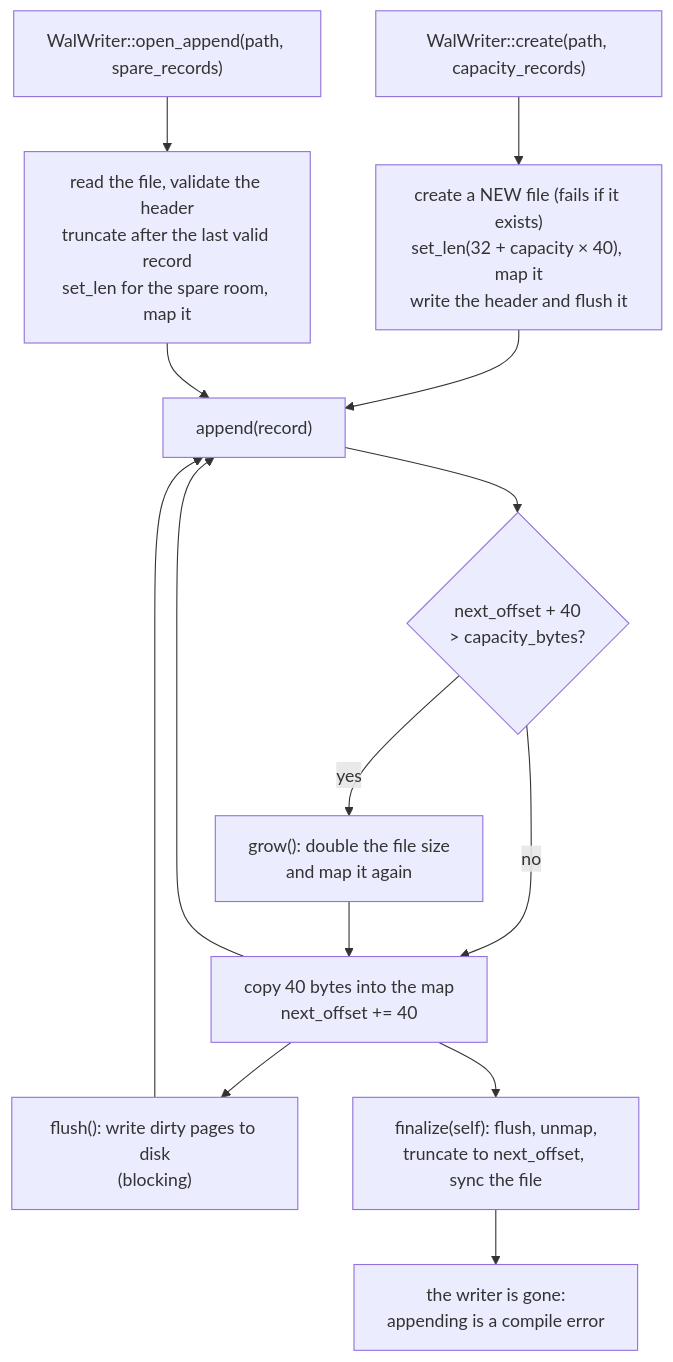
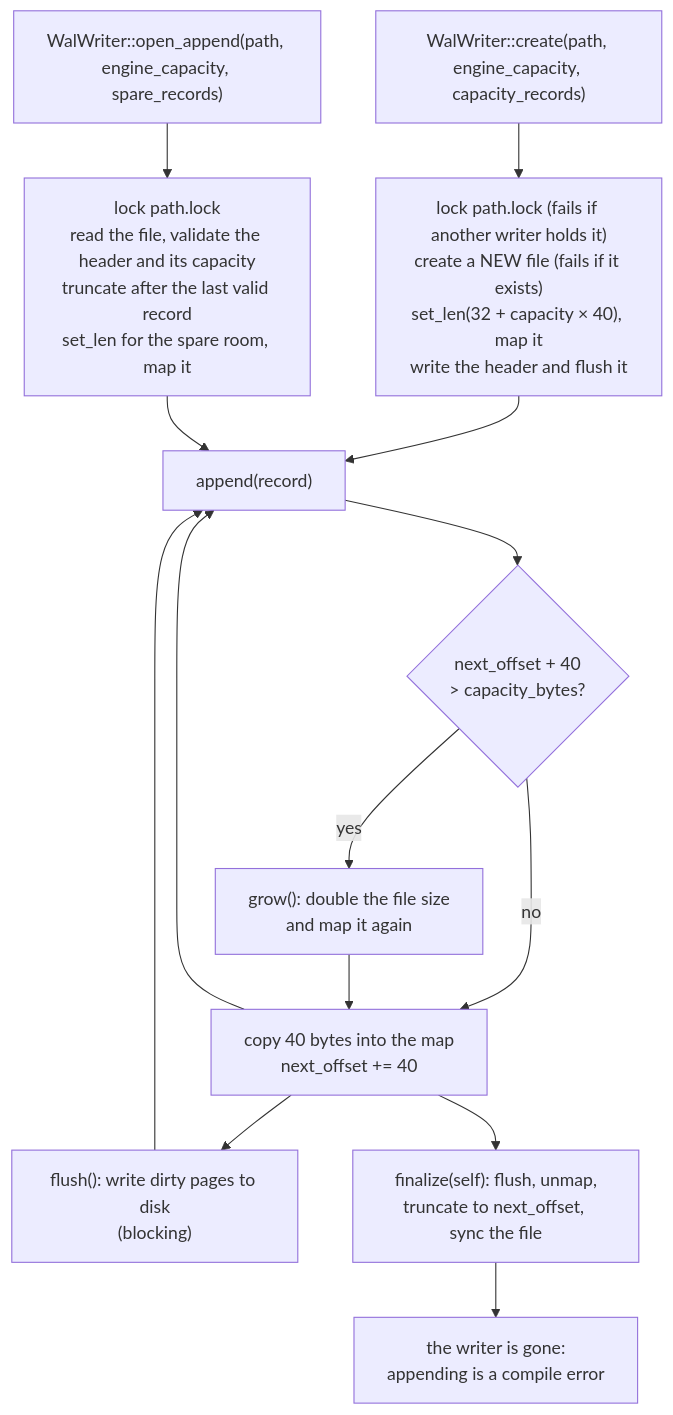
Before and after one commit to daohainam/rust-matching-engine: the diagram in docs/09-write-ahead-log.md, drawn with Mermaid. The commit also changed other lines of this file, not shown here.

First line of the commit message:
docs(ch09): cover format version 4, replay, the writer lock and checkpoints

````diff
--- a/docs/09-write-ahead-log.md
+++ b/docs/09-write-ahead-log.md
@@ -234,16 +243,16 @@
 ```mermaid
 flowchart TD
-    A["WalWriter::create(path, capacity_records)"] --> B["create a NEW file (fails if it exists)<br/>set_len(32 + capacity × 40), map it<br/>write the header and flush it"]
-    O["WalWriter::open_append(path, spare_records)"] --> P["read the file, validate the header<br/>truncate after the last valid record<br/>set_len for the spare room, map it"]
+    A["WalWriter::create(path, engine_capacity, capacity_records)"] --> B["lock path.lock (fails if another writer holds it)<br/>create a NEW file (fails if it exists)<br/>set_len(32 + capacity × 40), map it<br/>write the header and flush it"]
+    O["WalWriter::open_append(path, engine_capacity, spare_records)"] --> P["lock path.lock<br/>read the file, validate the header and its capacity<br/>truncate after the last valid record<br/>set_len for the spare room, map it"]
     B --> C["append(record)"]
     P --> C
     C --> D{"next_offset + 40<br/>> capacity_bytes?"}
     D -- no --> E["copy 40 bytes into the map<br/>next_offset += 40"]
     D -- yes --> F["grow(): double the file size<br/>and map it again"]
     F --> E
     E --> C
     E --> G["flush(): write dirty pages to disk<br/>(blocking)"]
     G --> C
     E --> H["finalize(self): flush, unmap,<br/>truncate to next_offset, sync the file"]
     H --> I["the writer is gone:<br/>appending is a compile error"]
 ```
````
